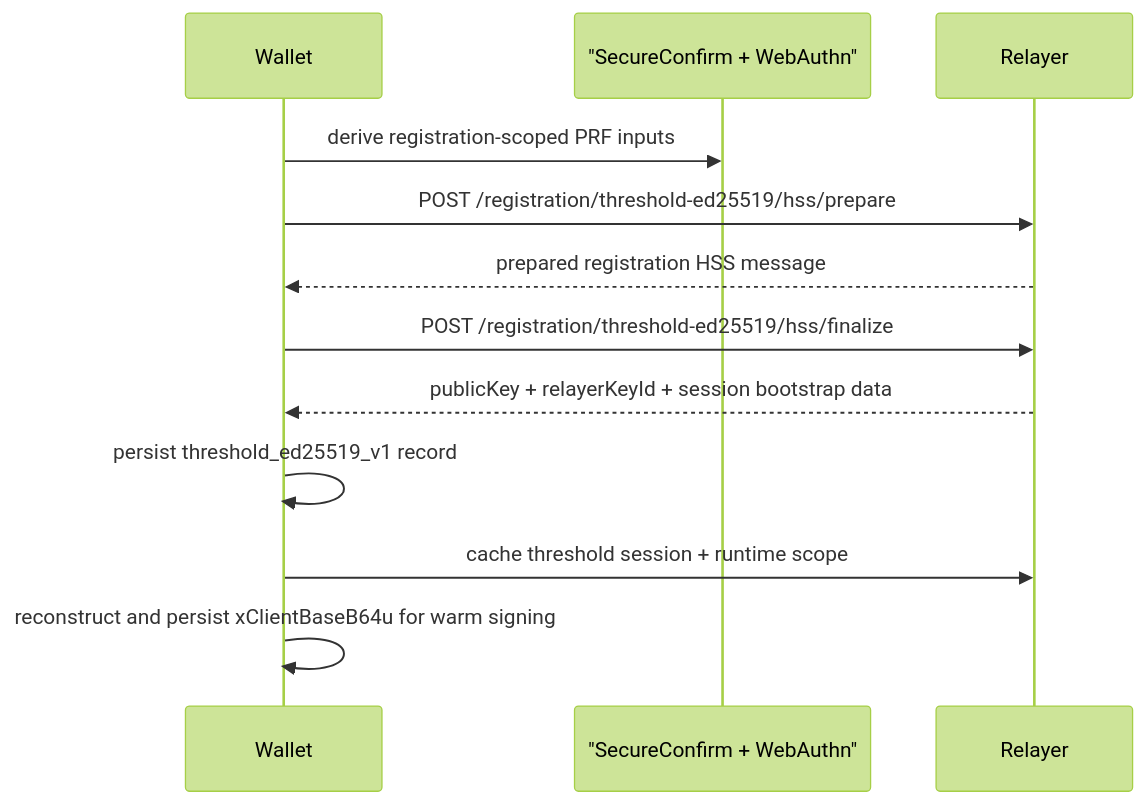
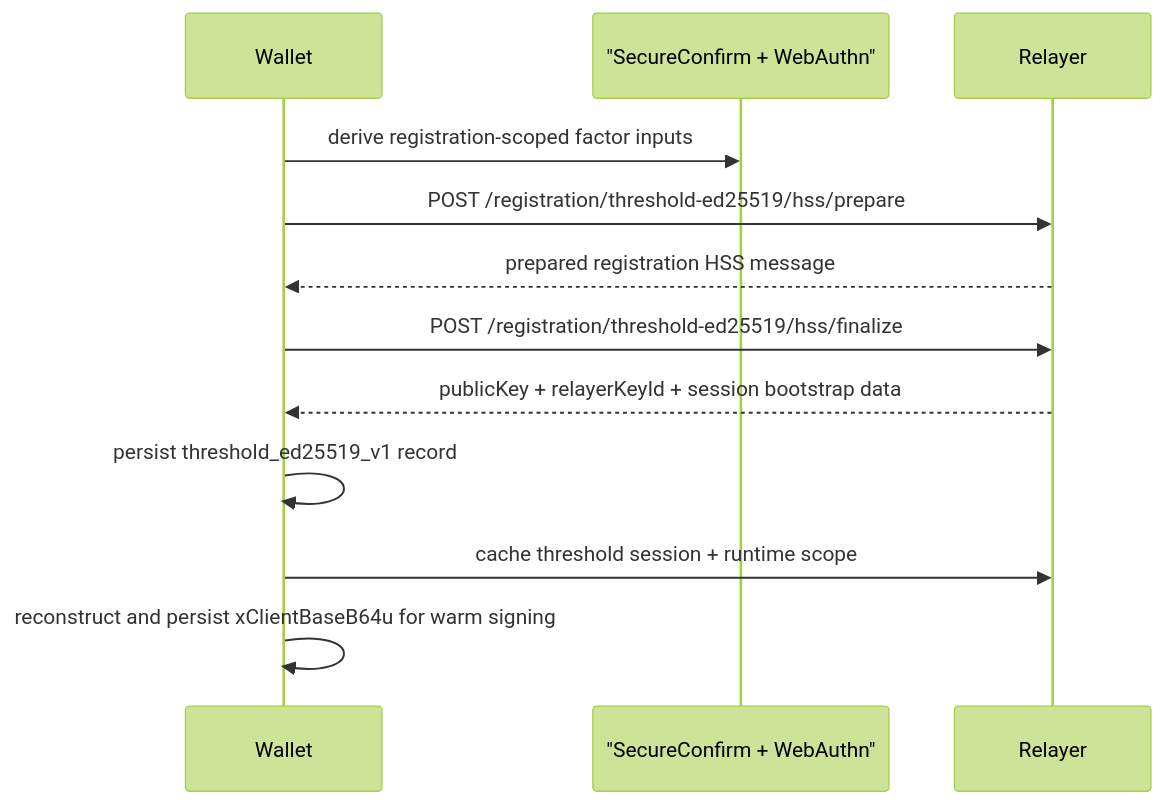
Before and after one commit to seams-tech/seams-sdk: the first of 2 diagrams in apps/docs/src/concepts/threshold-signing.md, drawn with Mermaid (forest theme). The commit also changed other lines of this file and 15 other files, not shown here.

````diff
--- a/apps/docs/src/concepts/threshold-signing.md
+++ b/apps/docs/src/concepts/threshold-signing.md
@@ -57,15 +57,15 @@
 ```mermaid
 sequenceDiagram
   participant App as Wallet
   participant Secure as "SecureConfirm + WebAuthn"
   participant Relay as Relayer
 
-  App->>Secure: derive registration-scoped PRF inputs
+  App->>Secure: derive registration-scoped factor inputs
   App->>Relay: POST /registration/threshold-ed25519/hss/prepare
   Relay-->>App: prepared registration HSS message
   App->>Relay: POST /registration/threshold-ed25519/hss/finalize
   Relay-->>App: publicKey + relayerKeyId + session bootstrap data
   App->>App: persist threshold_ed25519_v1 record
   App->>Relay: cache threshold session + runtime scope
   App->>App: reconstruct and persist xClientBaseB64u for warm signing
 ```
````
